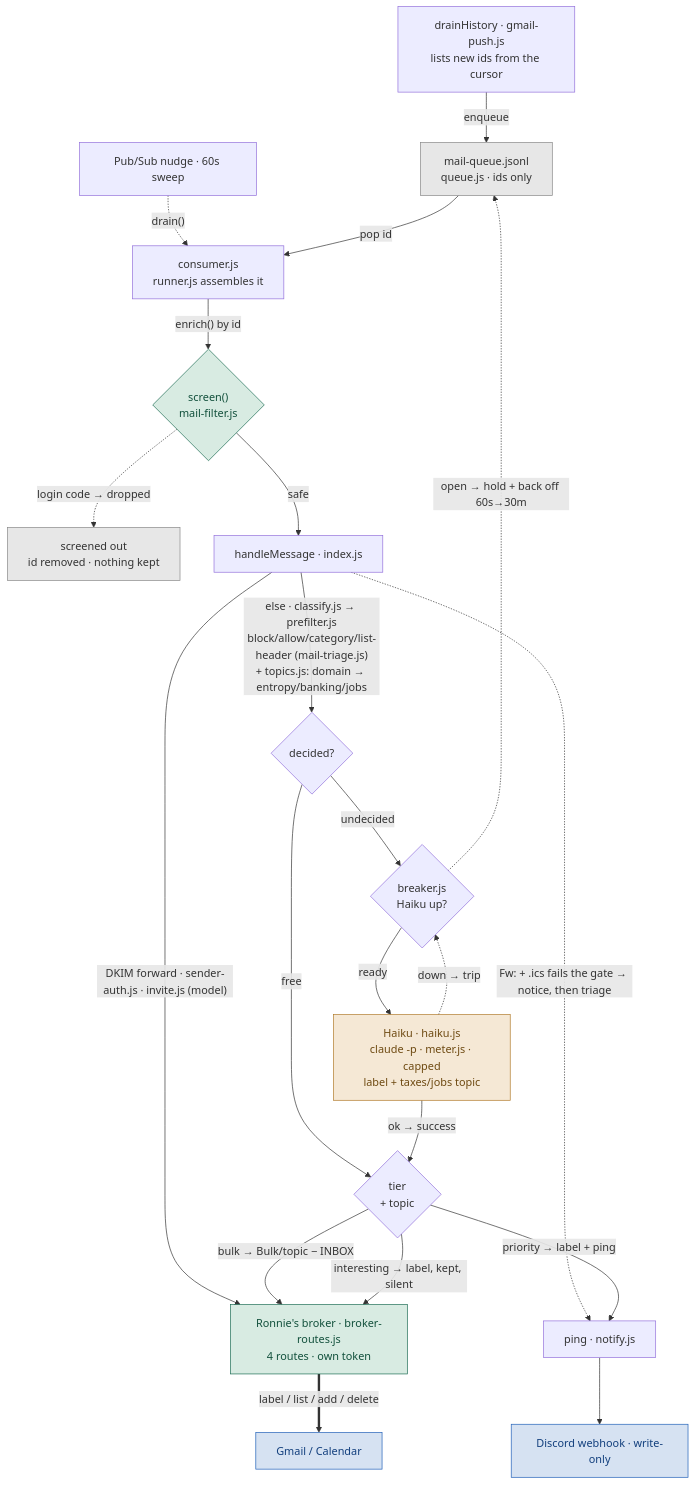
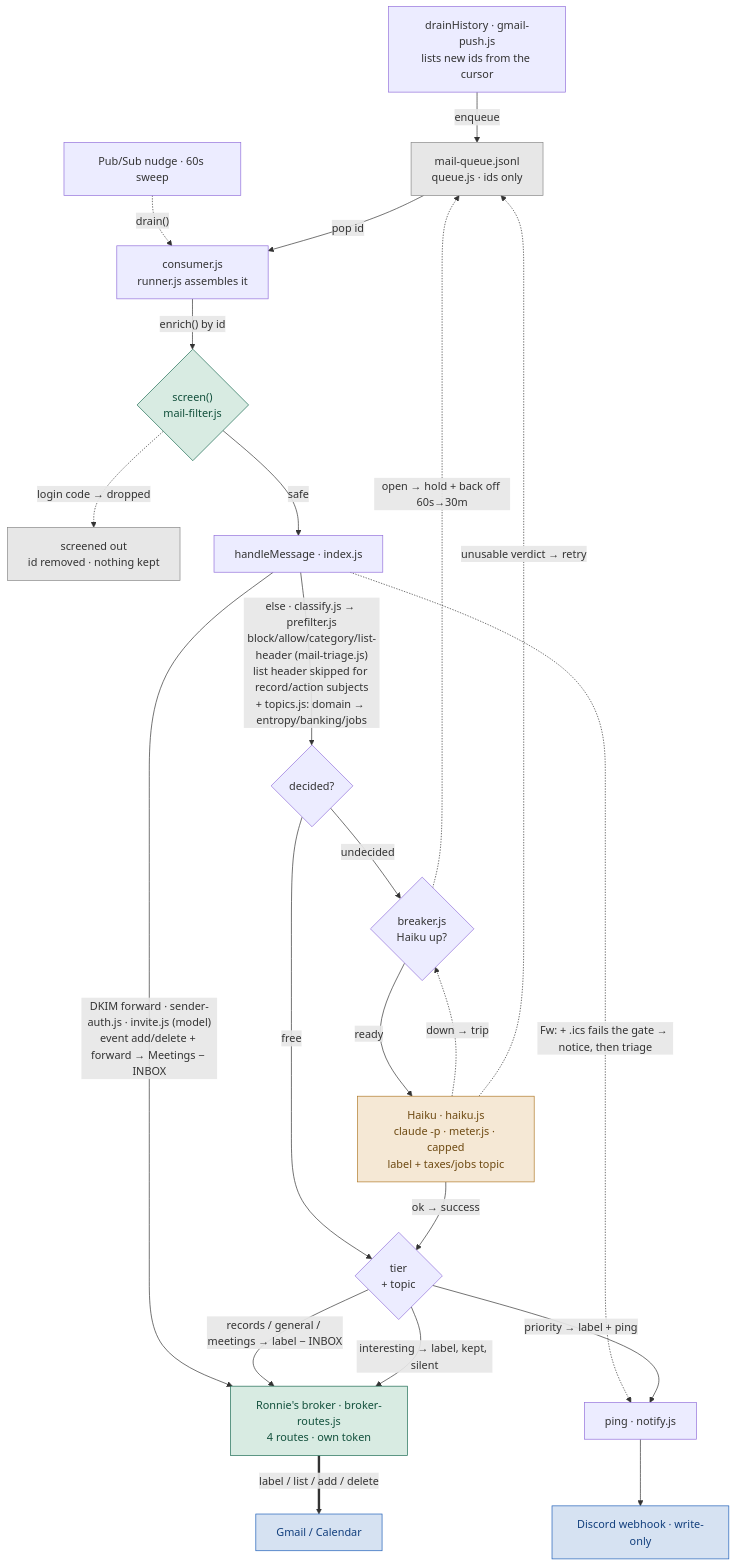
Before and after one commit to KubaJerz/alfred-node: the third of 6 diagrams in SYSTEM-MAP.md, drawn with Mermaid. The commit also changed other lines of this file and 21 other files, not shown here.

First line of the commit message:
feat: add Records, Meetings and General tiers to Ronnie

````diff
--- a/SYSTEM-MAP.md
+++ b/SYSTEM-MAP.md
@@ -180,32 +180,33 @@
 ```mermaid
 flowchart TD
     D["drainHistory · gmail-push.js<br/>lists new ids from the cursor"] -->|"enqueue"| Q["mail-queue.jsonl<br/>queue.js · ids only"]
     T["Pub/Sub nudge · 60s sweep"] -.->|"drain()"| C
     Q -->|"pop id"| C["consumer.js<br/>runner.js assembles it"]
     C -->|"enrich() by id"| SC{"screen()<br/>mail-filter.js"}
     SC -.->|"login code → dropped"| X["screened out<br/>id removed · nothing kept"]
     SC -->|"safe"| H["handleMessage · index.js"]
-    H -->|"DKIM forward · sender-auth.js · invite.js (model)"| RBR
+    H -->|"DKIM forward · sender-auth.js · invite.js (model)<br/>event add/delete + forward → Meetings − INBOX"| RBR
     H -.->|"Fw: + .ics fails the gate → notice, then triage"| PING
-    H -->|"else · classify.js → prefilter.js<br/>block/allow/category/list-header (mail-triage.js)<br/>+ topics.js: domain → entropy/banking/jobs"| PF{"decided?"}
+    H -->|"else · classify.js → prefilter.js<br/>block/allow/category/list-header (mail-triage.js)<br/>list header skipped for record/action subjects<br/>+ topics.js: domain → entropy/banking/jobs"| PF{"decided?"}
     PF -->|"free"| ACT
     PF -->|"undecided"| BR{"breaker.js<br/>Haiku up?"}
     BR -->|"ready"| HK["Haiku · haiku.js<br/>claude -p · meter.js · capped<br/>label + taxes/jobs topic"]
     BR -.->|"open → hold + back off 60s→30m"| Q
     HK -->|"ok → success"| ACT{"tier<br/>+ topic"}
     HK -.->|"down → trip"| BR
-    ACT -->|"bulk → Bulk/topic − INBOX"| RBR
+    HK -.->|"unusable verdict → retry"| Q
+    ACT -->|"records / general / meetings → label − INBOX"| RBR
     ACT -->|"interesting → label, kept, silent"| RBR
     ACT -->|"priority → label + ping"| PING["ping · notify.js"]
     RBR["Ronnie's broker · broker-routes.js<br/>4 routes · own token"] ==>|"label / list / add / delete"| GM["Gmail / Calendar"]
     PING --> DIS["Discord webhook · write-only"]
 
     classDef external fill:#d6e2f2,stroke:#1f5fb8,color:#123f7d
     classDef gateway fill:#d8ebe2,stroke:#1b6b52,color:#12503c
     classDef agent fill:#f5e8d5,stroke:#b07a2a,color:#6e4a12
     classDef store fill:#e7e7e7,stroke:#888,color:#333
     class GM,DIS external
     class SC,RBR gateway
     class HK agent
     class Q,X store
 ```
````
